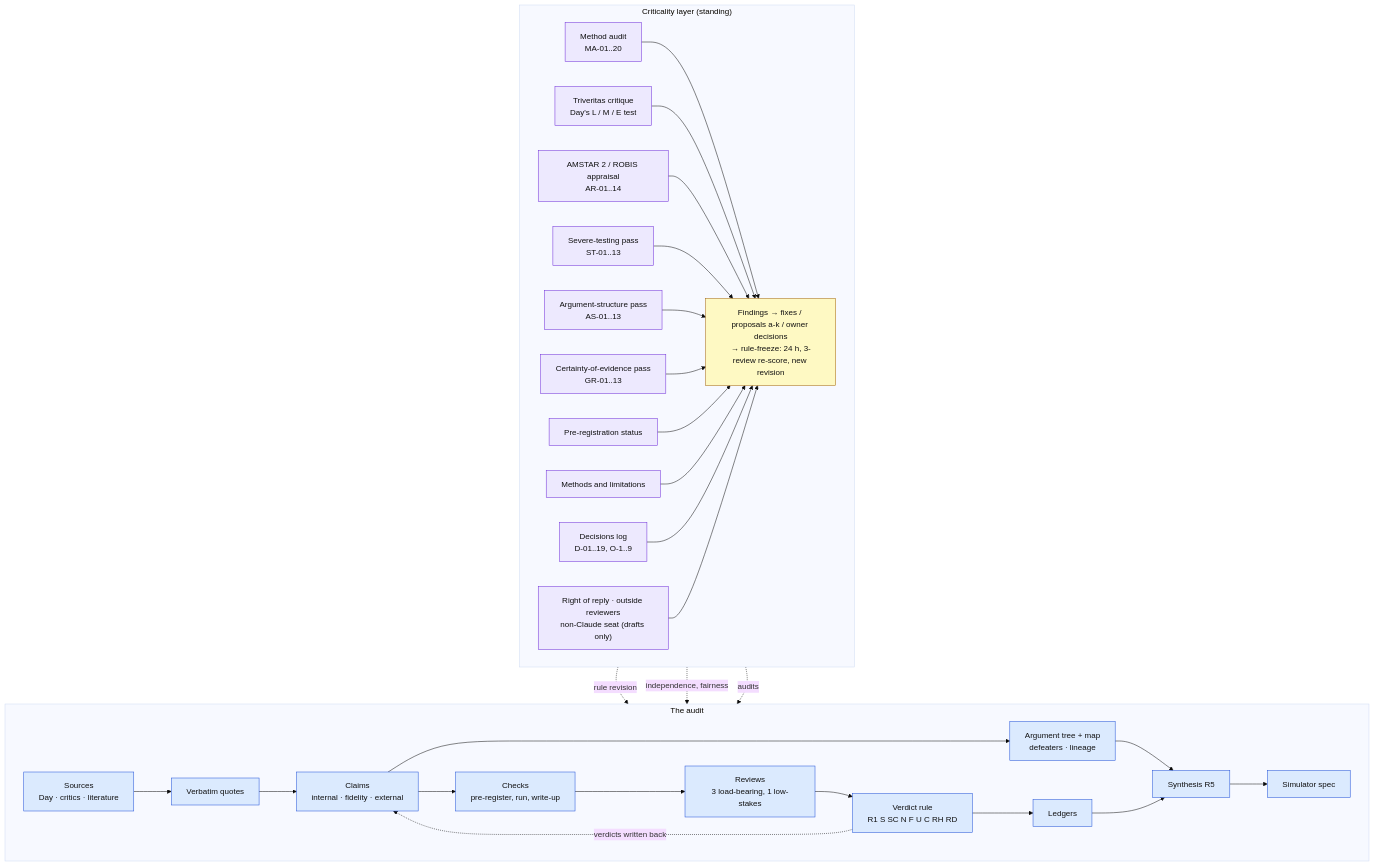
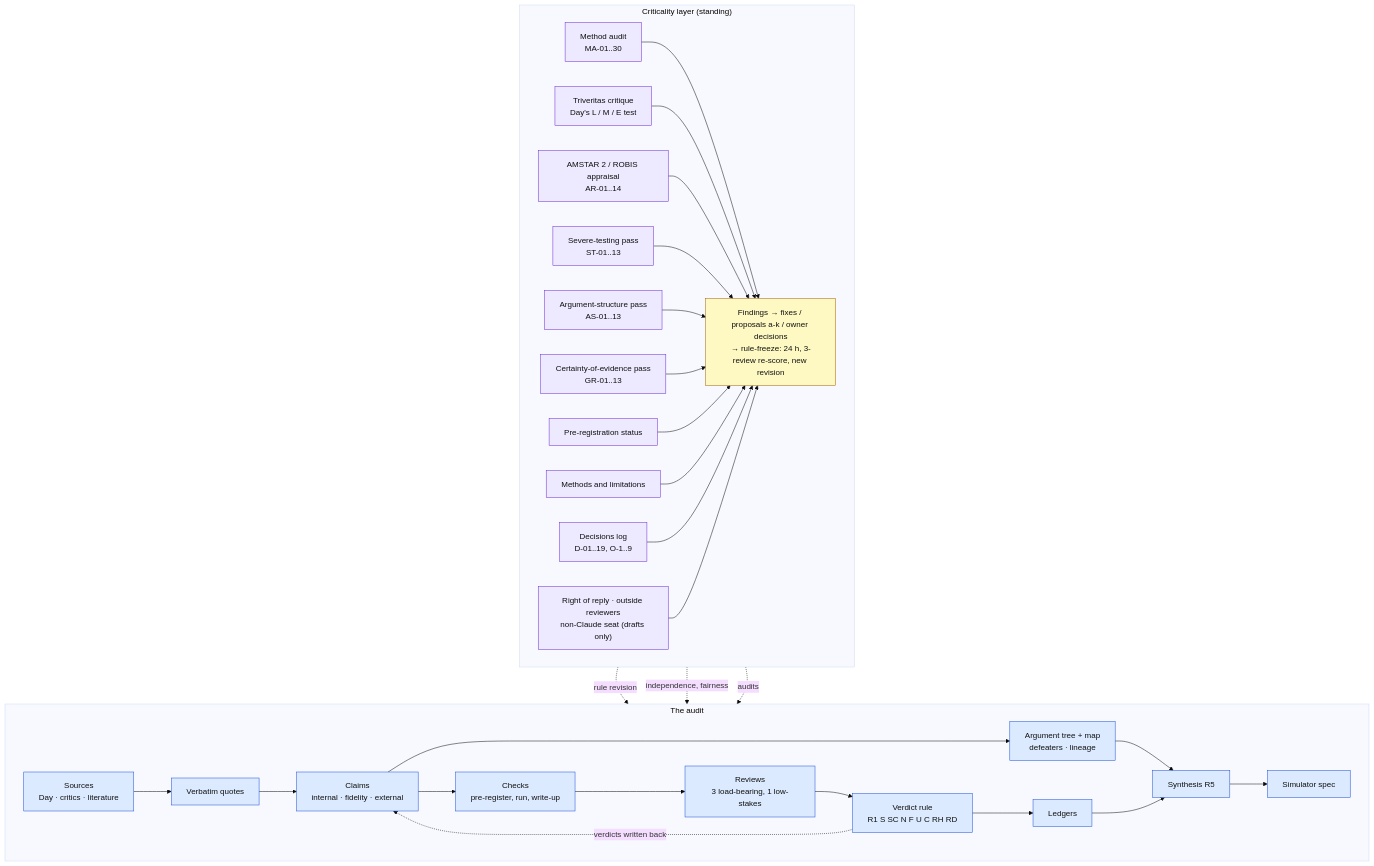
One commit to nickallevato/evo-sim changed the diagram in docs/research/criticality/README.md. Above: the diagram before and after it, drawn with Mermaid (base theme). The commit also changed other lines of this file and 3 other files, not shown here.

````diff
--- a/docs/research/criticality/README.md
+++ b/docs/research/criticality/README.md
@@ -13,34 +13,34 @@
 ```mermaid
 flowchart TB
   subgraph CORE["The audit"]
     direction LR
     SRC["Sources<br/>Day · critics · literature"] --> Q["Verbatim quotes"] --> CL["Claims<br/>internal · fidelity · external"] --> MAP["Argument tree + map<br/>defeaters · lineage"] --> R5["Synthesis R5"] --> SIM["Simulator spec"]
     CL --> CH["Checks<br/>pre-register, run, write-up"] --> RV["Reviews<br/>3 load-bearing, 1 low-stakes"] --> VR["Verdict rule<br/>R1 S SC N F U C RH RD"] --> LG["Ledgers"] --> R5
     VR -. "verdicts written back" .-> CL
   end
   subgraph CRIT["Criticality layer (standing)"]
     direction LR
-    MA["Method audit<br/>MA-01..20"]
+    MA["Method audit<br/>MA-01..30"]
     TV["Triveritas critique<br/>Day's L / M / E test"]
     AR["AMSTAR 2 / ROBIS appraisal<br/>AR-01..14"]
     ST["Severe-testing pass<br/>ST-01..13"]
     AS["Argument-structure pass<br/>AS-01..13"]
     GR["Certainty-of-evidence pass<br/>GR-01..13"]
     PR["Pre-registration status"]
     ML["Methods and limitations"]
     DL["Decisions log<br/>D-01..19, O-1..9"]
     OUT["Right of reply · outside reviewers<br/>non-Claude seat (drafts only)"]
     FB["Findings → fixes / proposals a-k / owner decisions<br/>→ rule-freeze: 24 h, 3-review re-score, new revision"]
     MA & TV & AR & ST & AS & GR & PR & ML & DL & OUT --> FB
   end
   CRIT -. "audits" .-> CORE
   FB -. "rule revision" .-> VR
   FB -. "independence, fairness" .-> RV
 
   classDef core fill:#dbeafe,stroke:#1d4ed8,color:#111
   classDef crit fill:#ede9fe,stroke:#6d28d9,color:#111
   classDef fb fill:#fef9c3,stroke:#a16207,color:#111
   class SRC,Q,CL,MAP,R5,SIM,CH,RV,VR,LG core
   class MA,TV,AR,ST,AS,GR,PR,ML,DL,OUT crit
   class FB fb
 ```
````
